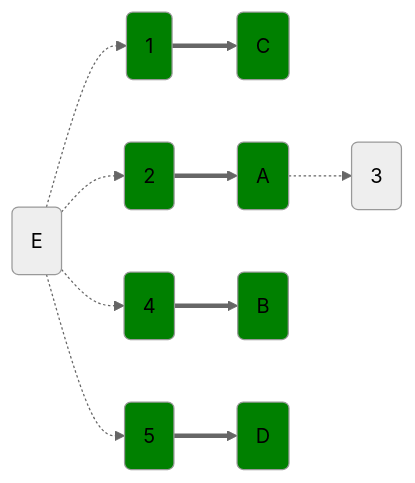
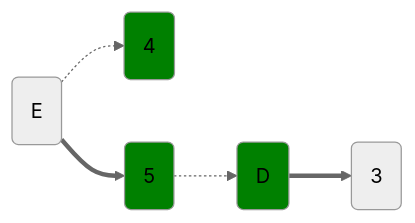
One commit to hse-algo-24-owl/manual-tasks-owl changed the sixth of 8 diagrams in task-8/second-task-8.md. Above: the diagram before and after it, drawn with Mermaid (neutral theme). The commit also changed other lines of this file, not shown here.

````diff
--- a/task-8/second-task-8.md
+++ b/task-8/second-task-8.md
@@ -238,15 +178,8 @@
 ```mermaid
 graph LR
-    E(E)  -.-> 1(1) ==> C(C)
-    E(E)  -.-> 2(2) ==> A(A) -.-> 3(3) 
-    E(E)  -.-> 4(4) ==> B(B)
-    E(E)  -.-> 5(5) ==> D(D)
+    E(E)  ==> 5(5) -.-> D(D) ==> 3(3)
+    E(E)  -.-> 4(4) 
     style 5 fill:#008000
+    style D fill:#008000
     style 4 fill:#008000
-    style 2 fill:#008000
-    style 1 fill:#008000
-    style A fill:#008000
-    style C fill:#008000
-    style B fill:#008000
-    style D fill:#008000
 ```
````
